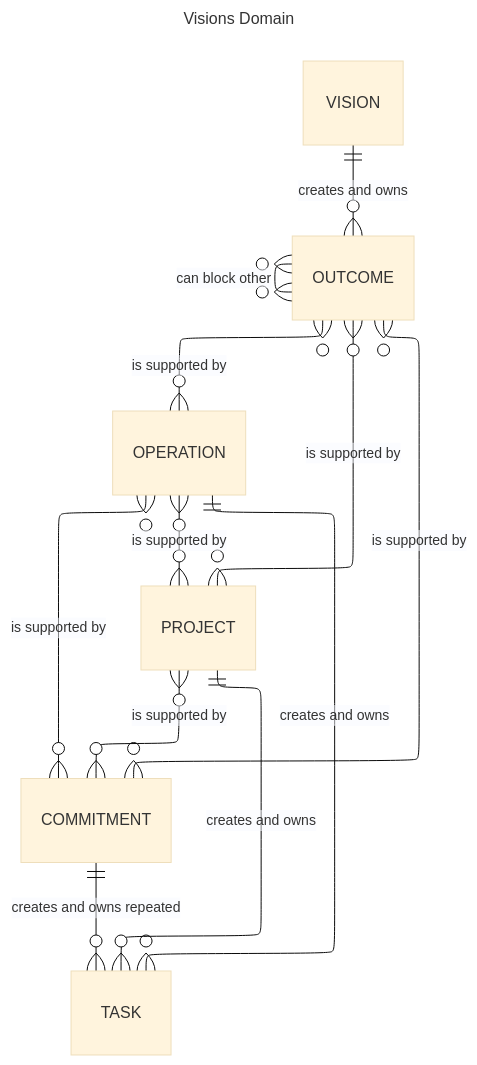
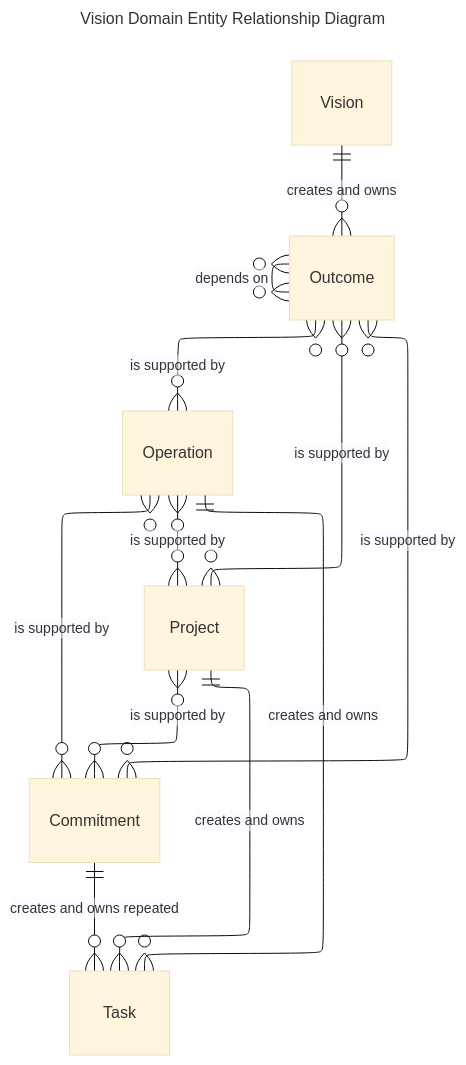
The first of 8 diagrams in design-docs/02-entity-relationship-mermaid.md (osgrouch/olos), drawn with Mermaid (base theme) before and after one commit. The commit also changed other lines of this file and 5 other files, not shown here.

````diff
--- a/design-docs/02-entity-relationship-mermaid.md
+++ b/design-docs/02-entity-relationship-mermaid.md
@@ -4,25 +4,25 @@
 ``` mermaid
 ---
 config:
   layout: elk
-title: Visions Domain
+title: Vision Domain Entity Relationship Diagram
 ---
 erDiagram
   direction TB
 
-  VISION ||--o{ OUTCOME : "creates and owns"
+  Vision ||--o{ Outcome : "creates and owns"
 
-  OUTCOME }o--o{ OUTCOME : "can block other"
-  OUTCOME }o--o{ OPERATION : "is supported by"
-  OUTCOME }o--o{ PROJECT : "is supported by"
-  OUTCOME }o--o{ COMMITMENT : "is supported by"
+  Outcome }o--o{ Outcome : "depends on"
+  Outcome }o--o{ Operation : "is supported by"
+  Outcome }o--o{ Project : "is supported by"
+  Outcome }o--o{ Commitment : "is supported by"
 
-  OPERATION }o--o{ PROJECT : "is supported by"
-  OPERATION }o--o{ COMMITMENT : "is supported by"
-  OPERATION ||--o{ TASK : "creates and owns"
+  Operation }o--o{ Project : "is supported by"
+  Operation }o--o{ Commitment : "is supported by"
+  Operation ||--o{ Task : "creates and owns"
 
-  PROJECT }o--o{ COMMITMENT : "is supported by"
-  PROJECT ||--o{ TASK : "creates and owns"
+  Project }o--o{ Commitment : "is supported by"
+  Project ||--o{ Task : "creates and owns"
 
-  COMMITMENT ||--o{ TASK : "creates and owns repeated"
+  Commitment ||--o{ Task : "creates and owns repeated"
 ```
````
